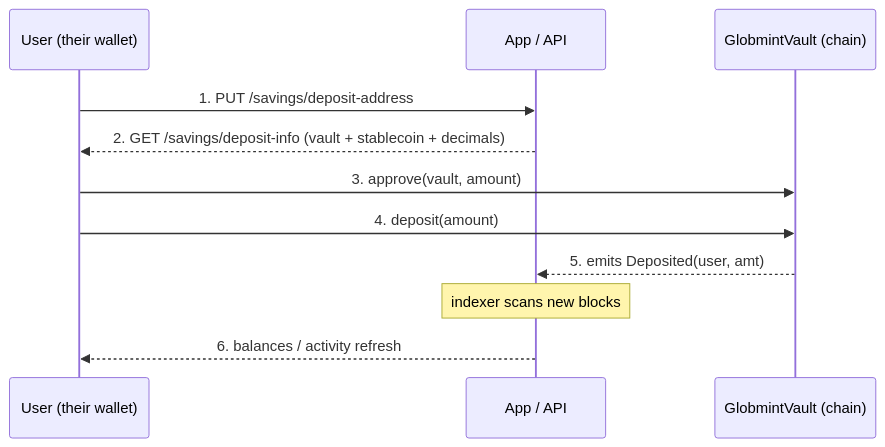
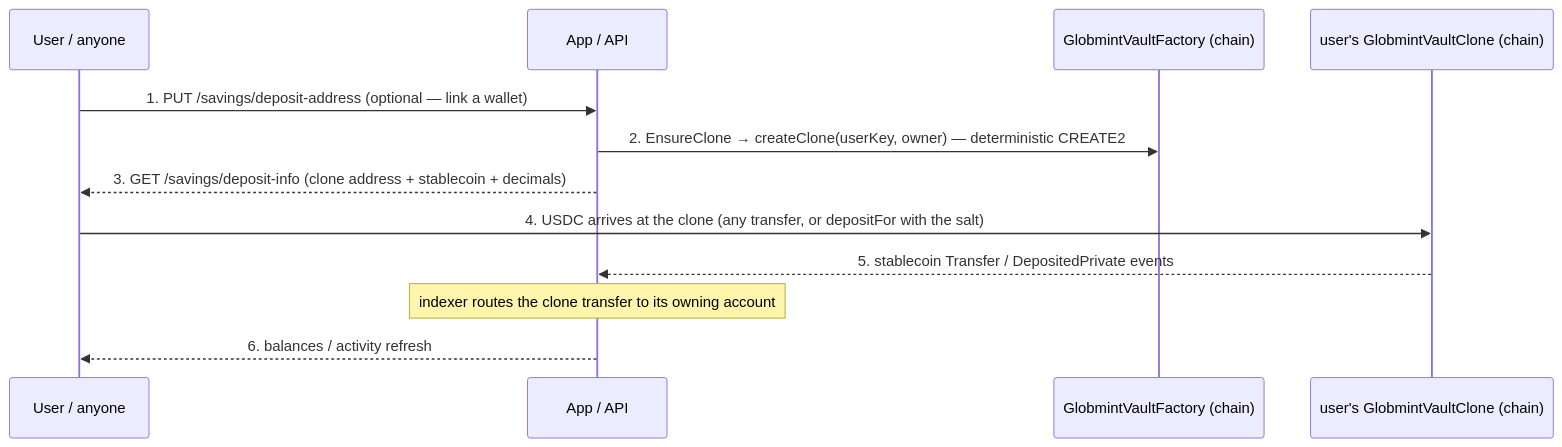
One commit to divineshedrack33220/globmint changed the third of 10 diagrams in README.md. Above: the diagram before and after it, drawn with Mermaid. The commit also changed other lines of this file and 21 other files, not shown here.

First line of the commit message:
Privacy-enabled vault clones: commitment balances + local-chain workflow

````diff
--- a/README.md
+++ b/README.md
@@ -104,13 +114,14 @@
 ```mermaid
 sequenceDiagram
-    participant U as User (their wallet)
+    participant U as User / anyone
     participant A as App / API
-    participant V as GlobmintVault (chain)
-    U->>A: 1. PUT /savings/deposit-address
-    A-->>U: 2. GET /savings/deposit-info (vault + stablecoin + decimals)
-    U->>V: 3. approve(vault, amount)
-    U->>V: 4. deposit(amount)
-    V-->>A: 5. emits Deposited(user, amt)
-    Note over A: indexer scans new blocks
+    participant F as GlobmintVaultFactory (chain)
+    participant C as user's GlobmintVaultClone (chain)
+    U->>A: 1. PUT /savings/deposit-address (optional — link a wallet)
+    A->>F: 2. EnsureClone → createClone(userKey, owner) — deterministic CREATE2
+    A-->>U: 3. GET /savings/deposit-info (clone address + stablecoin + decimals)
+    U->>C: 4. USDC arrives at the clone (any transfer, or depositFor with the salt)
+    C-->>A: 5. stablecoin Transfer / DepositedPrivate events
+    Note over A: indexer routes the clone transfer to its owning account
     A-->>U: 6. balances / activity refresh
 ```
````
